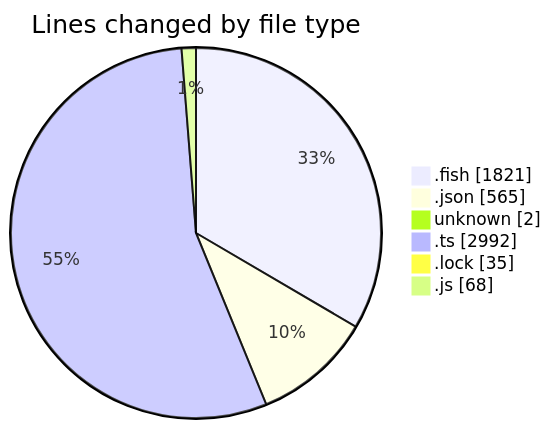
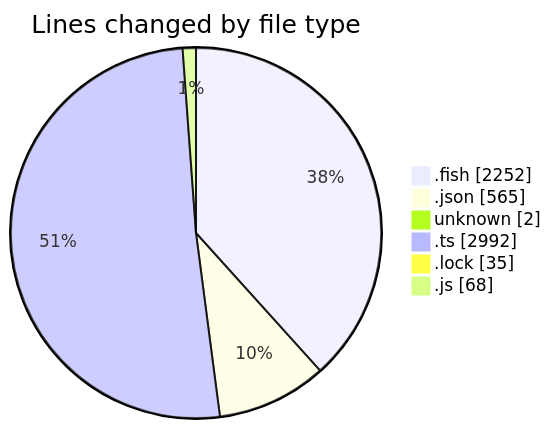
Before and after one commit to EIIisD/code-tracking: the first of 2 diagrams in 2025-07-12/fish/README.md, drawn with Mermaid. The commit also changed other lines of this file and 1 other file, not shown here.

````diff
--- a/2025-07-12/fish/README.md
+++ b/2025-07-12/fish/README.md
@@ -144,10 +151,10 @@
 ```mermaid
 pie showData
 title Lines changed by file type
-".fish" : 1821
+".fish" : 2252
 ".json" : 565
 "unknown" : 2
 ".ts" : 2992
 ".lock" : 35
 ".js" : 68
 ```
````
